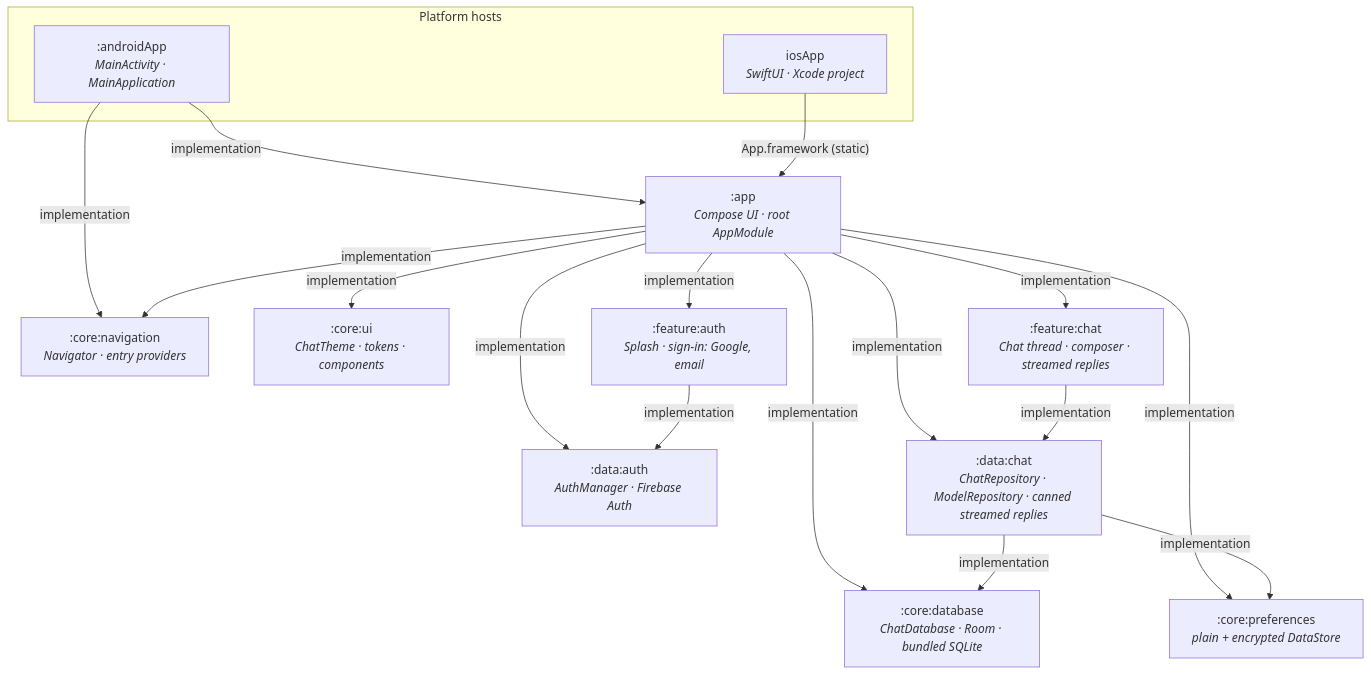
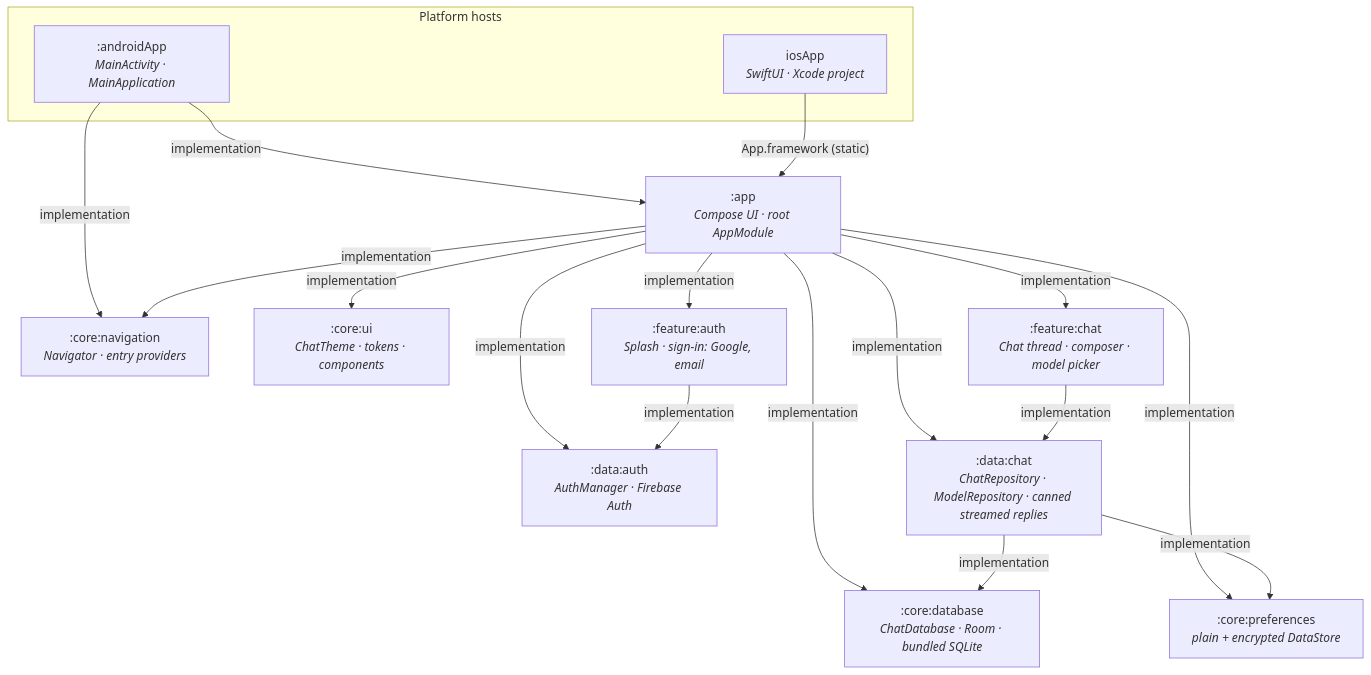
The diagram in README.md (weslley-poatek/chat), drawn with Mermaid before and after one commit. The commit also changed other lines of this file and 28 other files, not shown here.

Commit message:
✨ feat: Add the model picker sheet to feature:chat and the default model's accent at the app's root.

````diff
--- a/README.md
+++ b/README.md
@@ -86,33 +87,33 @@
 ```mermaid
 flowchart TD
     subgraph hosts ["Platform hosts"]
         androidApp[":androidApp<br/><i>MainActivity · MainApplication</i>"]
         iosApp["iosApp<br/><i>SwiftUI · Xcode project</i>"]
     end
 
     app[":app<br/><i>Compose UI · root AppModule</i>"]
     db[":core:database<br/><i>ChatDatabase · Room · bundled SQLite</i>"]
     nav[":core:navigation<br/><i>Navigator · entry providers</i>"]
     prefs[":core:preferences<br/><i>plain + encrypted DataStore</i>"]
     ui[":core:ui<br/><i>ChatTheme · tokens · components</i>"]
     featureAuth[":feature:auth<br/><i>Splash · sign-in: Google, email</i>"]
-    featureChat[":feature:chat<br/><i>Chat thread · composer · streamed replies</i>"]
+    featureChat[":feature:chat<br/><i>Chat thread · composer · model picker</i>"]
     dataAuth[":data:auth<br/><i>AuthManager · Firebase Auth</i>"]
     dataChat[":data:chat<br/><i>ChatRepository · ModelRepository · canned streamed replies</i>"]
 
     androidApp -- "implementation" --> app
     androidApp -- "implementation" --> nav
     iosApp -- "App.framework (static)" --> app
     app -- "implementation" --> db
     app -- "implementation" --> nav
     app -- "implementation" --> prefs
     app -- "implementation" --> ui
     app -- "implementation" --> featureAuth
     app -- "implementation" --> featureChat
     app -- "implementation" --> dataAuth
     app -- "implementation" --> dataChat
     featureAuth -- "implementation" --> dataAuth
     featureChat -- "implementation" --> dataChat
     dataChat -- "implementation" --> db
     dataChat -- "implementation" --> prefs
 ```
````
